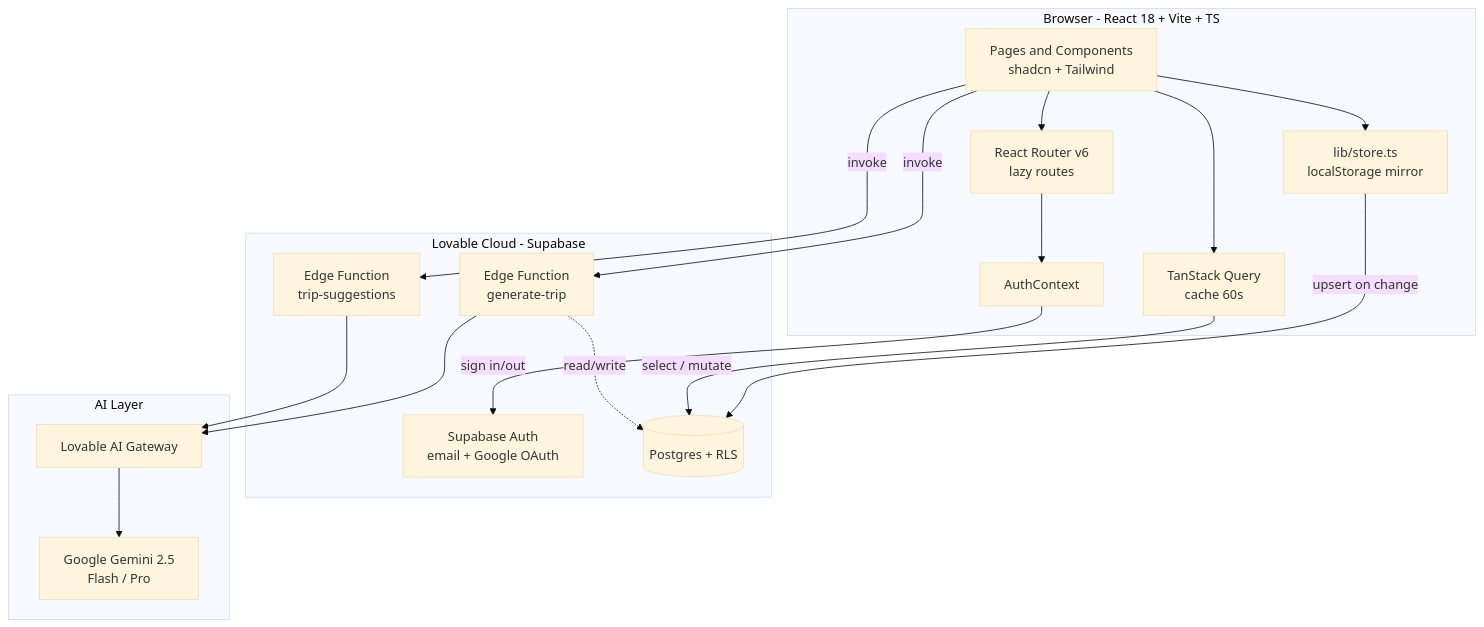
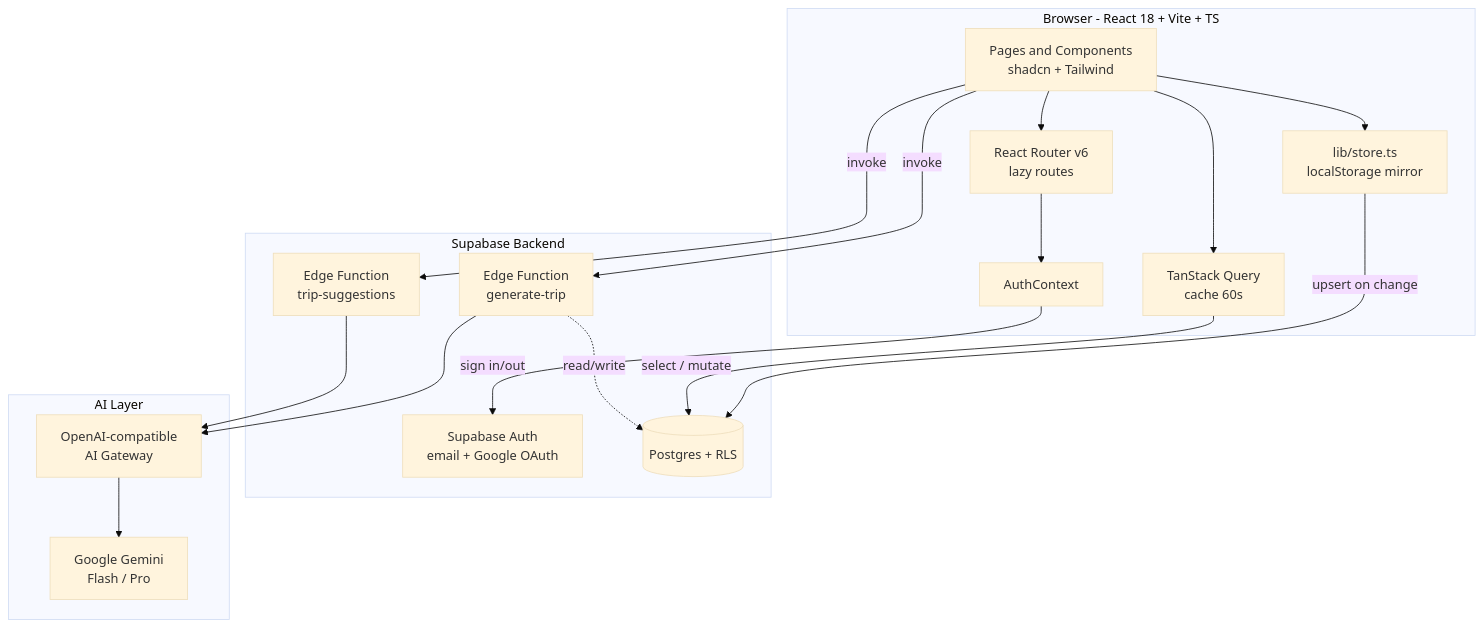
The first of 2 diagrams in README.md (organicsmm/odddohackathon), drawn with Mermaid (base theme) before and after one commit. The commit also changed other lines of this file and 2 other files, not shown here.

````diff
--- a/README.md
+++ b/README.md
@@ -31,36 +123,36 @@
 ```mermaid
 graph TB
     subgraph Client["Browser - React 18 + Vite + TS"]
         UI[Pages and Components<br/>shadcn + Tailwind]
         Router[React Router v6<br/>lazy routes]
         Store[lib/store.ts<br/>localStorage mirror]
         Query[TanStack Query<br/>cache 60s]
         AuthCtx[AuthContext]
     end
 
-    subgraph Cloud["Lovable Cloud - Supabase"]
+    subgraph Cloud["Supabase Backend"]
         Auth[Supabase Auth<br/>email + Google OAuth]
         DB[(Postgres + RLS)]
         Edge1[Edge Function<br/>generate-trip]
         Edge2[Edge Function<br/>trip-suggestions]
     end
 
     subgraph AI["AI Layer"]
-        Gateway[Lovable AI Gateway]
-        Gemini[Google Gemini 2.5<br/>Flash / Pro]
+        Gateway[OpenAI-compatible<br/>AI Gateway]
+        Gemini[Google Gemini<br/>Flash / Pro]
     end
 
     UI --> Router
     Router --> AuthCtx
     UI --> Store
     UI --> Query
     AuthCtx -->|sign in/out| Auth
     Store -->|upsert on change| DB
     Query -->|select / mutate| DB
     UI -->|invoke| Edge1
     UI -->|invoke| Edge2
     Edge1 --> Gateway
     Edge2 --> Gateway
     Gateway --> Gemini
     Edge1 -.read/write.-> DB
 ```
````
